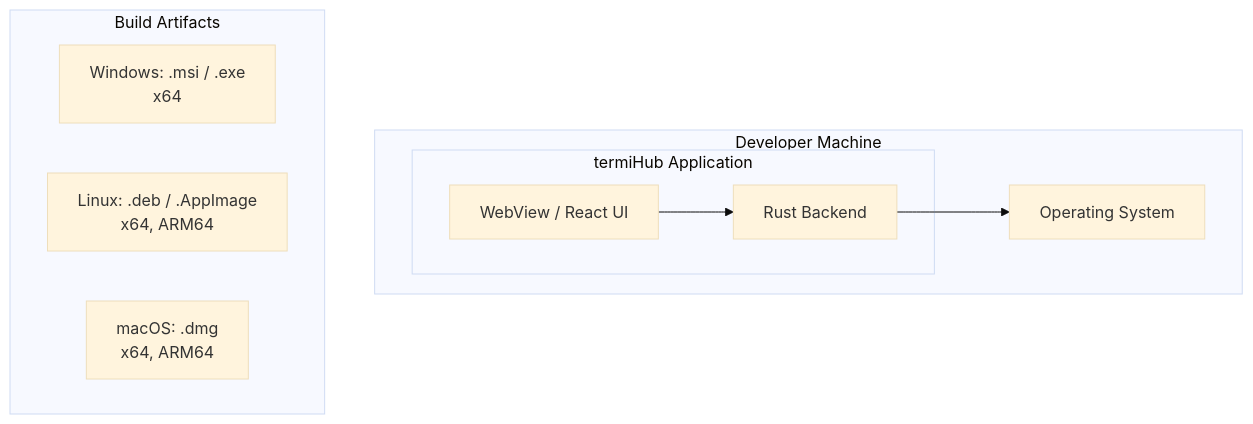
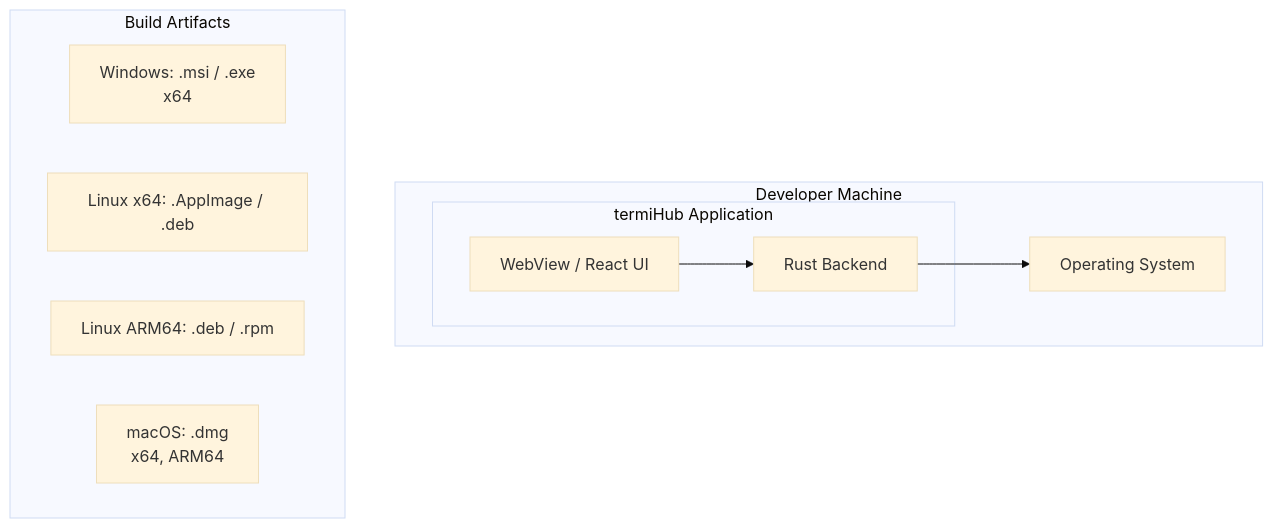
Diagram 18 of 26 in docs/architecture.md (armaxri/termiHub), drawn with Mermaid (base theme) before and after one commit. The commit also changed other lines of this file, not shown here.

First line of the commit message:
docs(architecture): state linux arm64 ships deb and rpm, not appimage

````diff
--- a/docs/architecture.md
+++ b/docs/architecture.md
@@ -821,19 +821,20 @@
 ```mermaid
 graph TB
     subgraph "Developer Machine"
         subgraph "termiHub Application"
             WV[WebView / React UI]
             RS[Rust Backend]
         end
 
         OS[Operating System]
         WV --> RS
         RS --> OS
     end
 
     subgraph "Build Artifacts"
         WIN[Windows: .msi / .exe<br/>x64]
-        LINUX[Linux: .deb / .AppImage<br/>x64, ARM64]
+        LINUX[Linux x64: .AppImage / .deb]
+        LINUXARM[Linux ARM64: .deb / .rpm]
         MAC[macOS: .dmg<br/>x64, ARM64]
     end
 ```
````
